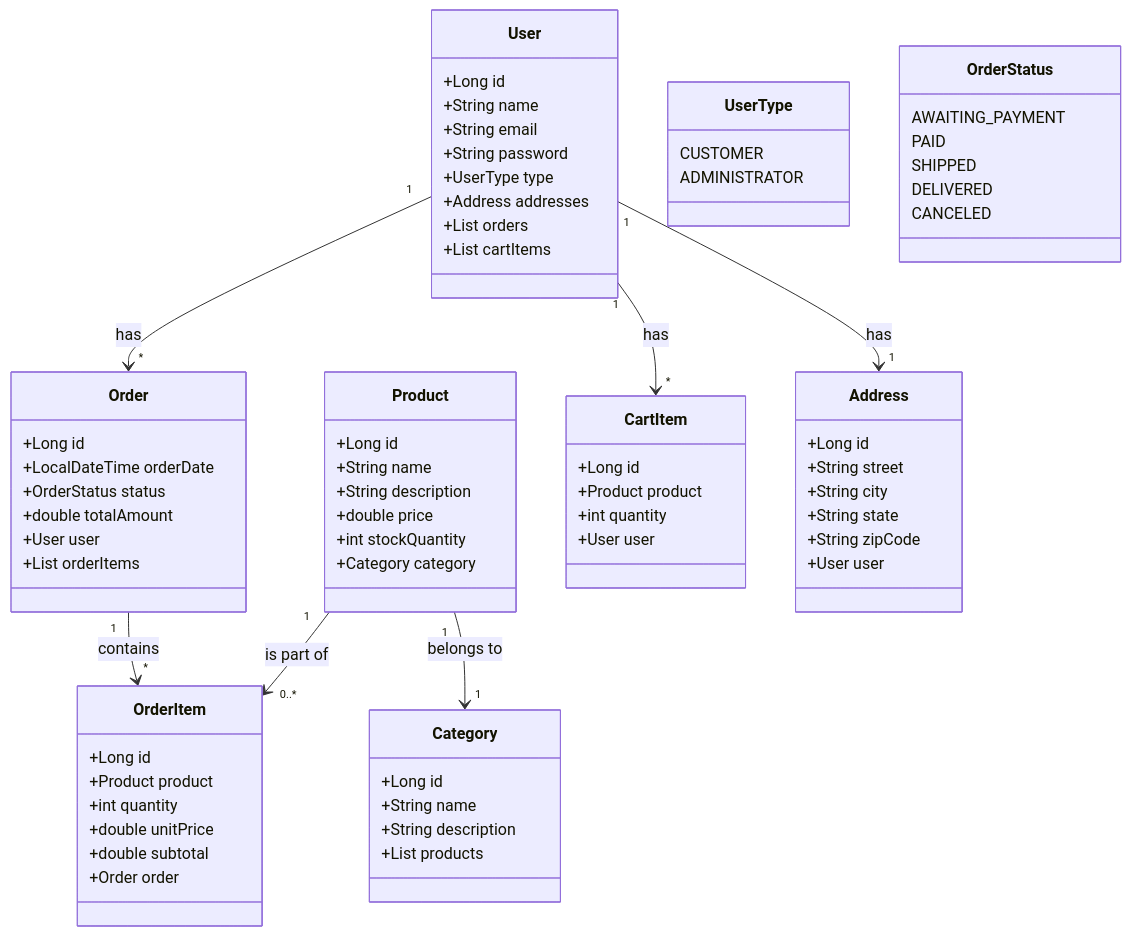
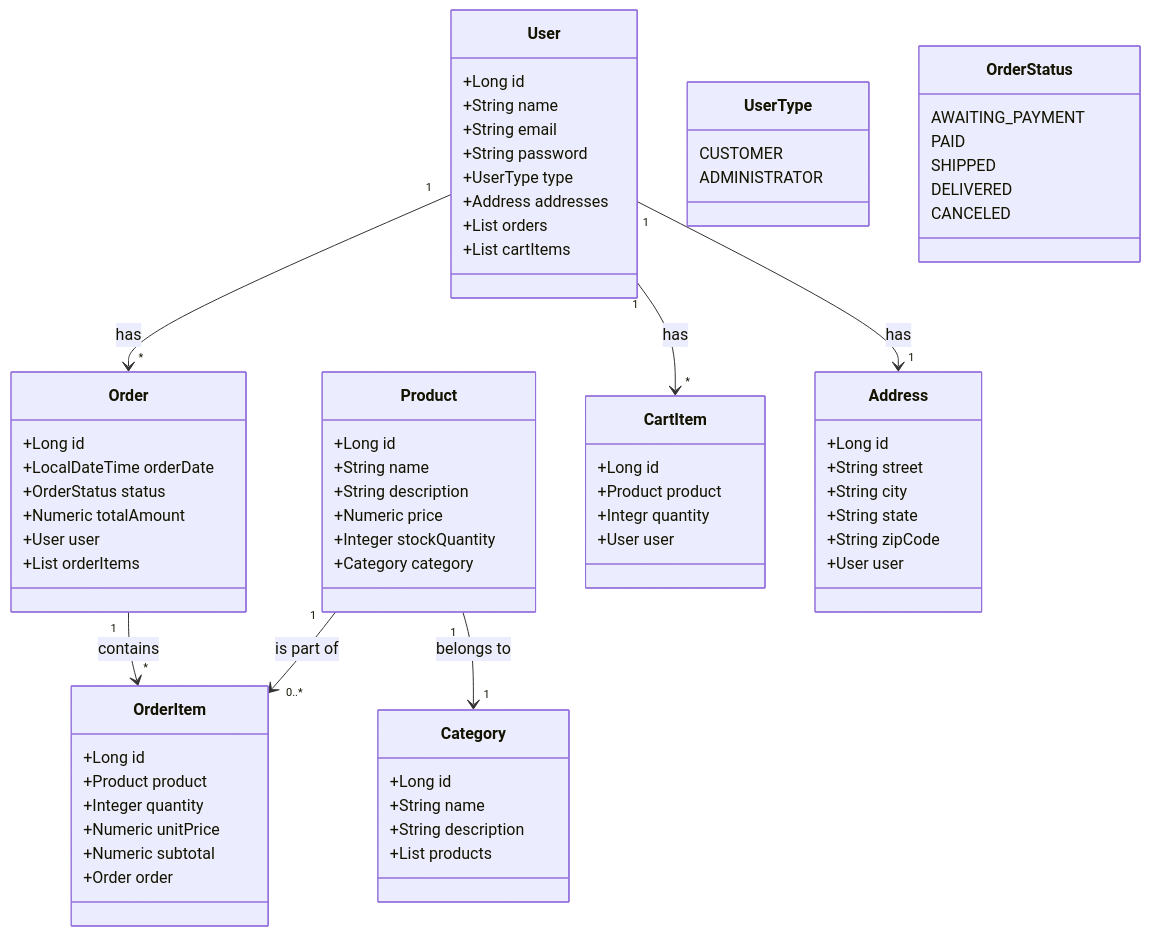
Before and after one commit to Wesley00s/RESTFul-Ecommerce-API: the diagram in README.md, drawn with Mermaid.

```diff
--- a/README.md
+++ b/README.md
@@ -20,8 +20,8 @@
         +Long id
         +String name
         +String description
-        +double price
-        +int stockQuantity
+        +Numeric price
+        +Integer stockQuantity
         +Category category
     }
 
@@ -29,7 +29,7 @@
         +Long id
         +LocalDateTime orderDate
         +OrderStatus status
-        +double totalAmount
+        +Numeric totalAmount
         +User user
         +List<OrderItem> orderItems
     }
@@ -37,16 +37,16 @@
     class OrderItem {
         +Long id
         +Product product
-        +int quantity
-        +double unitPrice
-        +double subtotal
+        +Integer quantity
+        +Numeric unitPrice
+        +Numeric subtotal
         +Order order
     }
 
     class CartItem {
         +Long id
         +Product product
-        +int quantity
+        +Integr quantity
         +User user
     }
 
```
